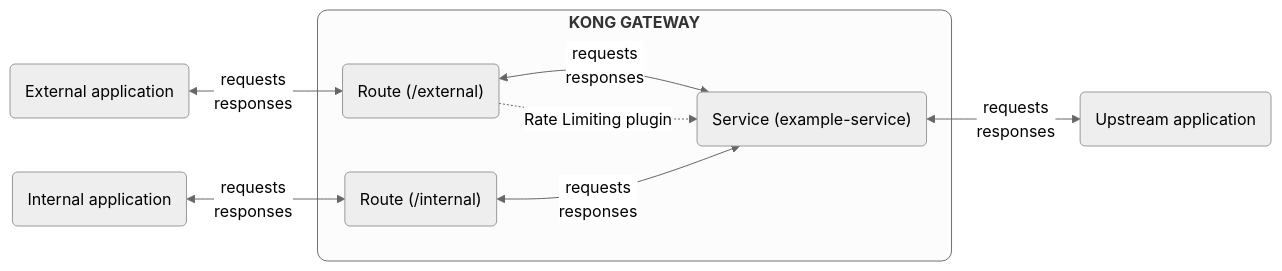
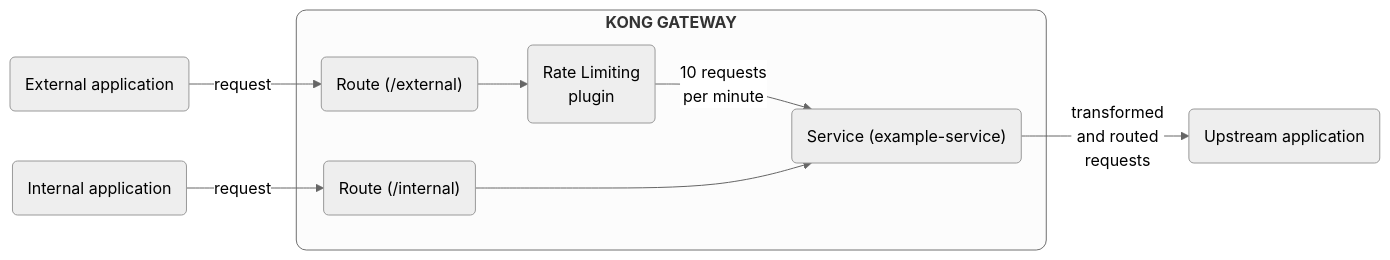
The second of 2 diagrams in app/_gateway_entities/route.md (Kong/developer.konghq.com), drawn with Mermaid (neutral theme) before and after one commit. The commit also changed other lines of this file and 4 other files, not shown here.

```diff
--- a/app/_gateway_entities/route.md
+++ b/app/_gateway_entities/route.md
@@ -74,30 +78,28 @@
 {% mermaid %}
 flowchart LR
   A(External application)
   B("`Route (/external)`")
+  B2(Rate Limiting 
+  plugin)
   C("`Service (example-service)`")
   D(Upstream application)
   E(Internal application)
   F("`Route (/internal)`")
-  
+
+  A --request--> B
+  E --request--> F
+
   subgraph id1 ["`
   **KONG GATEWAY**`"]
-    B <--requests
-  responses--> C
-    F <--requests
-  responses--> C
+    B --> B2 --"10 requests 
+    per minute"--> C
+    F ---> C
   end
 
-  A <--requests
-  responses--> B
-  E <--requests
-  responses--> F
-
-  C <--requests
-  responses--> D
-
-  B -.->|Rate Limiting plugin| C
+  C --transformed 
+  and routed 
+  requests--> D
 
   style id1 rx:10,ry:10
 
 {% endmermaid %}
```
